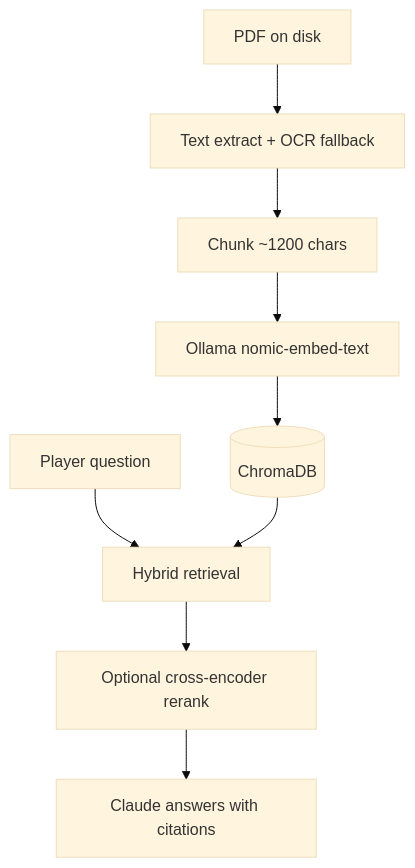
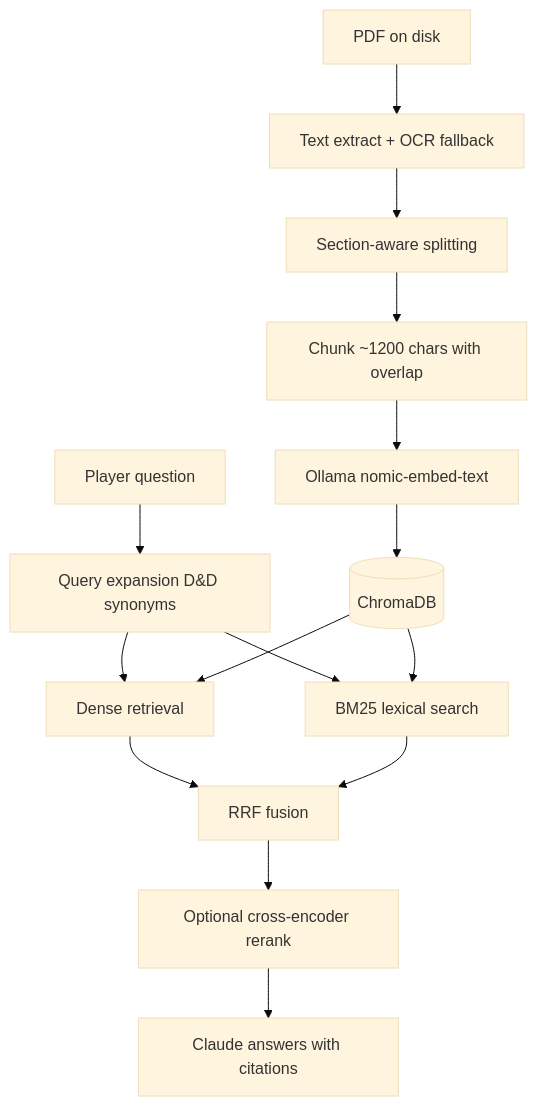
One commit to Celssi/auto-dm changed the third of 4 diagrams in README.md. Above: the diagram before and after it, drawn with Mermaid (base theme). The commit also changed other lines of this file and 76 other files, not shown here.

````diff
--- a/README.md
+++ b/README.md
@@ -106,12 +114,18 @@
 ```mermaid
 flowchart TD
     PDF[PDF on disk] --> Extract[Text extract + OCR fallback]
-    Extract --> Chunk[Chunk ~1200 chars]
+    Extract --> Section[Section-aware splitting]
+    Section --> Chunk[Chunk ~1200 chars with overlap]
     Chunk --> Embed[Ollama nomic-embed-text]
     Embed --> Index[(ChromaDB)]
 
-    Q[Player question] --> Hybrid[Hybrid retrieval]
-    Index --> Hybrid
-    Hybrid --> Rerank[Optional cross-encoder rerank]
+    Q[Player question] --> Expand[Query expansion D&D synonyms]
+    Expand --> Dense[Dense retrieval]
+    Expand --> BM25[BM25 lexical search]
+    Index --> Dense
+    Index --> BM25
+    Dense --> RRF[RRF fusion]
+    BM25 --> RRF
+    RRF --> Rerank[Optional cross-encoder rerank]
     Rerank --> LLM[Claude answers with citations]
 ```
````
